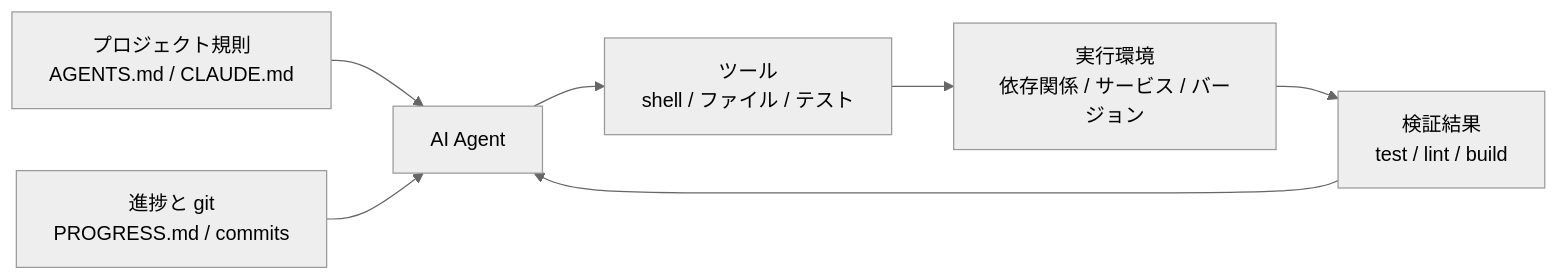
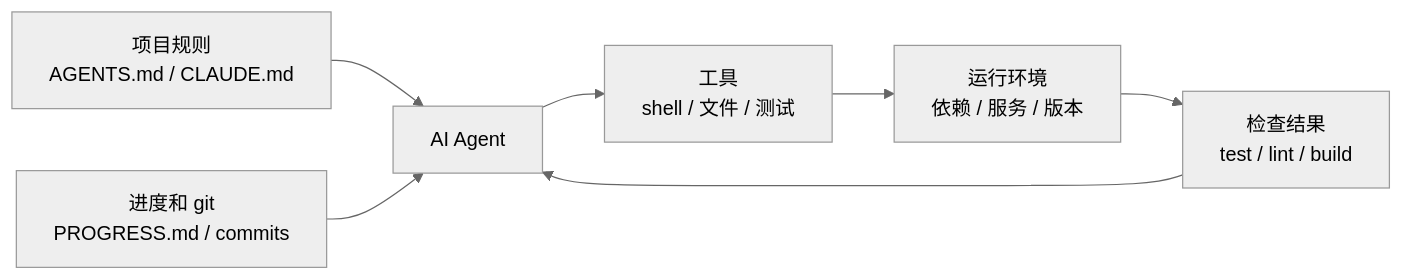
The diagram in docs/zh/lectures/lecture-02-what-a-harness-actually-is/index.md (mkusaka/learn-harness-engineering), drawn with Mermaid (neutral theme) before and after one commit. The commit also changed other lines of this file and 684 other files, not shown here.

````diff
--- a/docs/zh/lectures/lecture-02-what-a-harness-actually-is/index.md
+++ b/docs/zh/lectures/lecture-02-what-a-harness-actually-is/index.md
@@ -42,9 +42,9 @@
 ```mermaid
 flowchart LR
-    Rules["プロジェクト規則<br/>AGENTS.md / CLAUDE.md"] --> Agent["AI Agent"]
-    State["進捗と git<br/>PROGRESS.md / commits"] --> Agent
-    Agent --> Tools["ツール<br/>shell / ファイル / テスト"]
-    Tools --> Env["実行環境<br/>依存関係 / サービス / バージョン"]
-    Env --> Checks["検証結果<br/>test / lint / build"]
+    Rules["项目规则<br/>AGENTS.md / CLAUDE.md"] --> Agent["AI Agent"]
+    State["进度和 git<br/>PROGRESS.md / commits"] --> Agent
+    Agent --> Tools["工具<br/>shell / 文件 / 测试"]
+    Tools --> Env["运行环境<br/>依赖 / 服务 / 版本"]
+    Env --> Checks["检查结果<br/>test / lint / build"]
     Checks --> Agent
 ```
````
